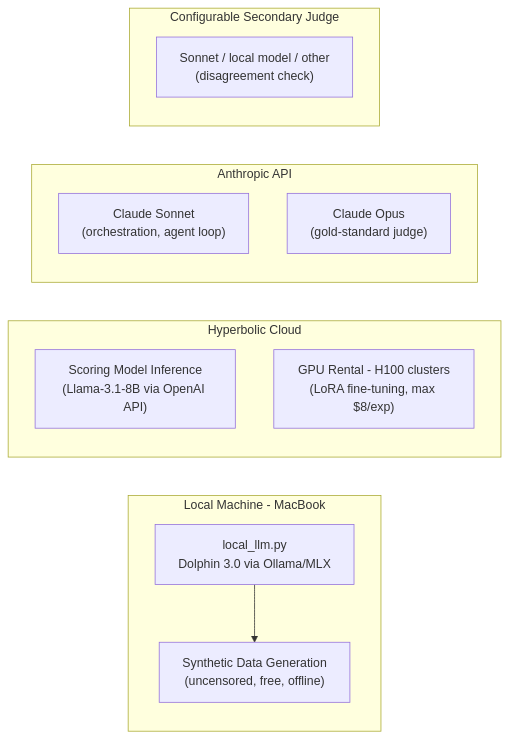
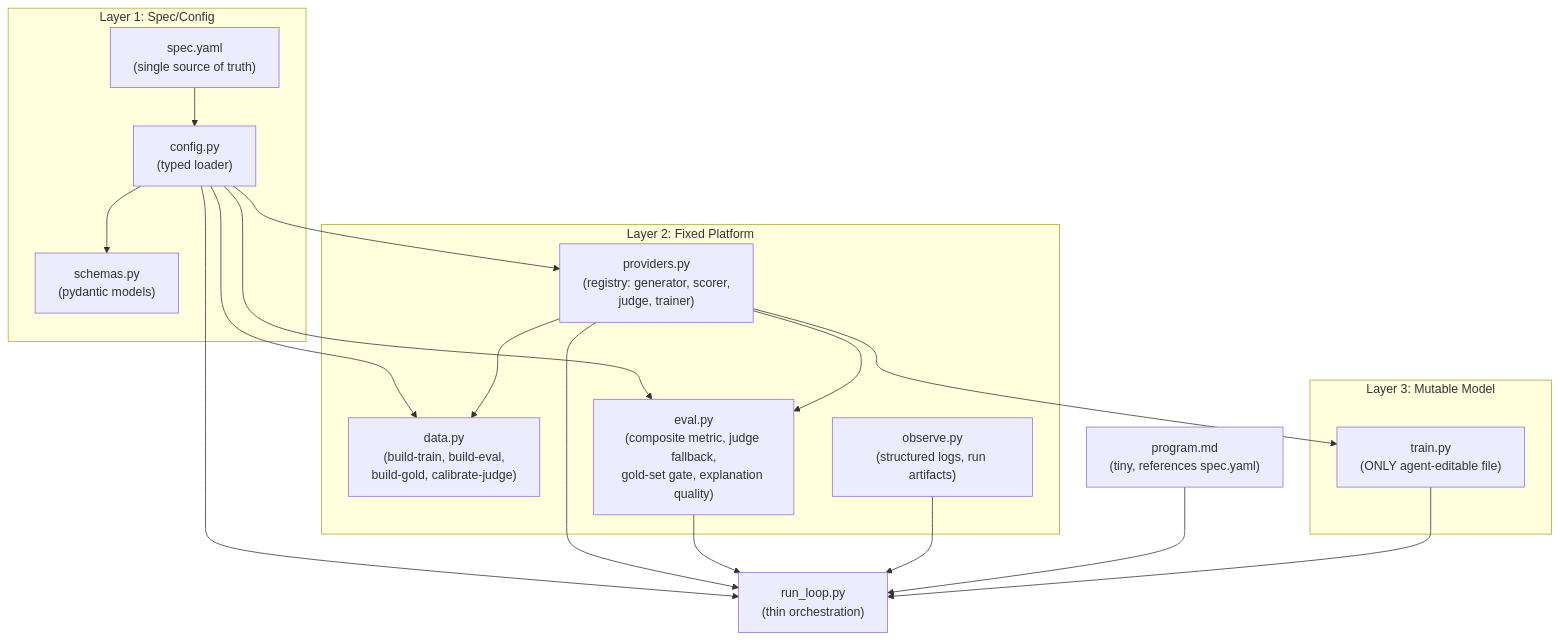
One commit to HumanAssisted/masubi changed the diagram in CURSOR_PLAN.md. Above: the diagram before and after it, drawn with Mermaid. The commit also changed other lines of this file, not shown here.

````diff
--- a/CURSOR_PLAN.md
+++ b/CURSOR_PLAN.md
@@ -47,22 +38,37 @@
 ```mermaid
-flowchart LR
-    subgraph local [Local Machine - MacBook]
-        LocalLLM["local_llm.py\nDolphin 3.0 via Ollama/MLX"]
-        SynthGen["Synthetic Data Generation\n(uncensored, free, offline)"]
-        LocalLLM --> SynthGen
+flowchart TD
+    subgraph specLayer [Layer 1: Spec/Config]
+        Spec["spec.yaml\n(single source of truth)"]
+        Config["config.py\n(typed loader)"]
+        Schemas["schemas.py\n(pydantic models)"]
+        Spec --> Config
+        Config --> Schemas
     end
 
-    subgraph hyperbolic [Hyperbolic Cloud]
-        HypInference["Scoring Model Inference\n(Llama-3.1-8B via OpenAI API)"]
-        HypGPU["GPU Rental - H100 clusters\n(LoRA fine-tuning, max $8/exp)"]
+    subgraph platformLayer [Layer 2: Fixed Platform]
+        Providers["providers.py\n(registry: generator, scorer,\njudge, trainer)"]
+        Data["data.py\n(build-train, build-eval,\nbuild-gold, calibrate-judge)"]
+        EvalMod["eval.py\n(composite metric, judge fallback,\ngold-set gate, explanation quality)"]
+        Observe["observe.py\n(structured logs, run artifacts)"]
     end
 
-    subgraph anthropic [Anthropic API]
-        Sonnet["Claude Sonnet\n(orchestration, agent loop)"]
-        Opus["Claude Opus\n(gold-standard judge)"]
+    subgraph mutableLayer [Layer 3: Mutable Model]
+        TrainPy["train.py\n(ONLY agent-editable file)"]
     end
 
-    subgraph configurable [Configurable Secondary Judge]
-        Judge2["Sonnet / local model / other\n(disagreement check)"]
-    end
+    RunLoop["run_loop.py\n(thin orchestration)"]
+    ProgramMD["program.md\n(tiny, references spec.yaml)"]
+
+    Config --> Providers
+    Config --> Data
+    Config --> EvalMod
+    Config --> RunLoop
+    Providers --> Data
+    Providers --> EvalMod
+    Providers --> TrainPy
+    Providers --> RunLoop
+    EvalMod --> RunLoop
+    Observe --> RunLoop
+    ProgramMD --> RunLoop
+    TrainPy --> RunLoop
 ```
````
